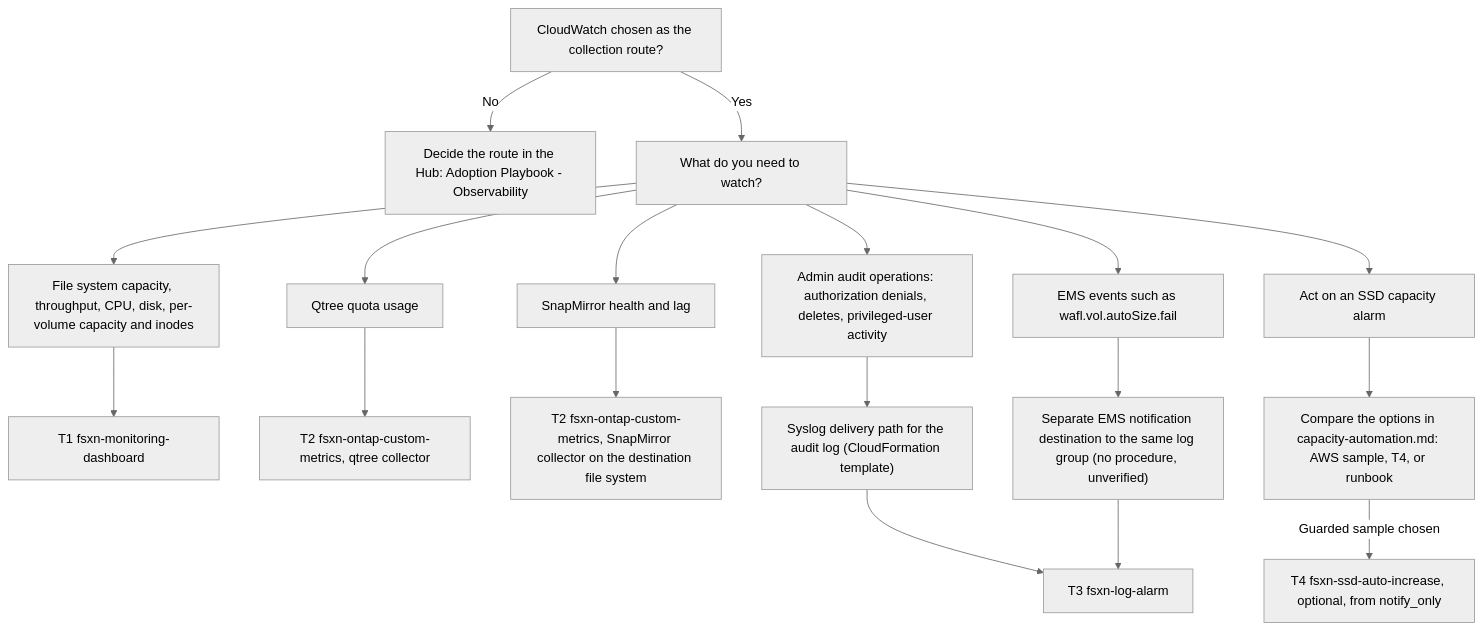
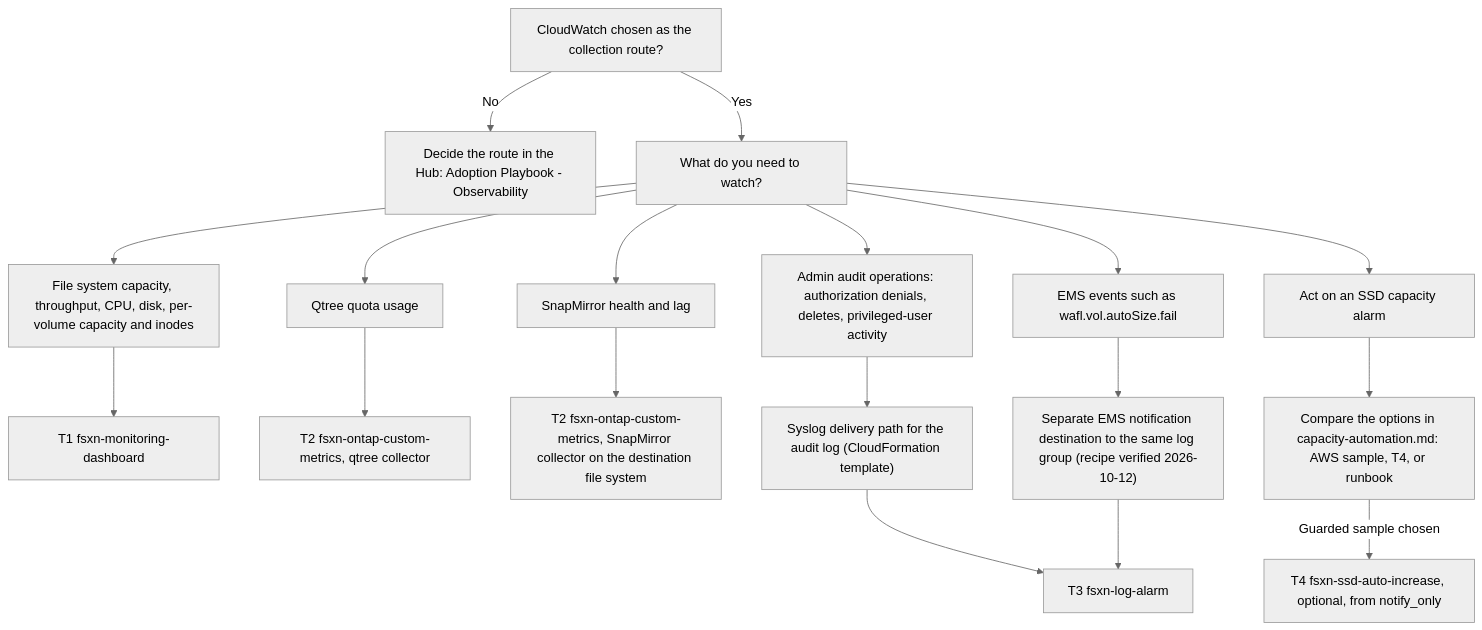
One commit to Yoshiki0705/FSx-for-ONTAP-Observability-integrations changed the diagram in docs/en/terraform-monitoring-guide.md. Above: the diagram before and after it, drawn with Mermaid (neutral theme). The commit also changed other lines of this file and 20 other files, not shown here.

````diff
--- a/docs/en/terraform-monitoring-guide.md
+++ b/docs/en/terraform-monitoring-guide.md
@@ -90,20 +90,20 @@
 ```mermaid
 flowchart TD
     A["CloudWatch chosen as the collection route?"] -->|No| H["Decide the route in the Hub: Adoption Playbook - Observability"]
     A -->|Yes| B["What do you need to watch?"]
     B --> C["File system capacity, throughput, CPU, disk, per-volume capacity and inodes"]
     C --> T1["T1 fsxn-monitoring-dashboard"]
     B --> D["Qtree quota usage"]
     D --> T2Q["T2 fsxn-ontap-custom-metrics, qtree collector"]
     B --> E["SnapMirror health and lag"]
     E --> T2S["T2 fsxn-ontap-custom-metrics, SnapMirror collector on the destination file system"]
     B --> F["Admin audit operations: authorization denials, deletes, privileged-user activity"]
     F --> S["Syslog delivery path for the audit log (CloudFormation template)"]
     S --> T3["T3 fsxn-log-alarm"]
     B --> E2["EMS events such as wafl.vol.autoSize.fail"]
-    E2 --> EMS["Separate EMS notification destination to the same log group (no procedure, unverified)"]
+    E2 --> EMS["Separate EMS notification destination to the same log group (recipe verified 2026-10-12)"]
     EMS --> T3
     B --> G["Act on an SSD capacity alarm"]
     G --> CA["Compare the options in capacity-automation.md: AWS sample, T4, or runbook"]
     CA -->|Guarded sample chosen| T4["T4 fsxn-ssd-auto-increase, optional, from notify_only"]
 ```
````
